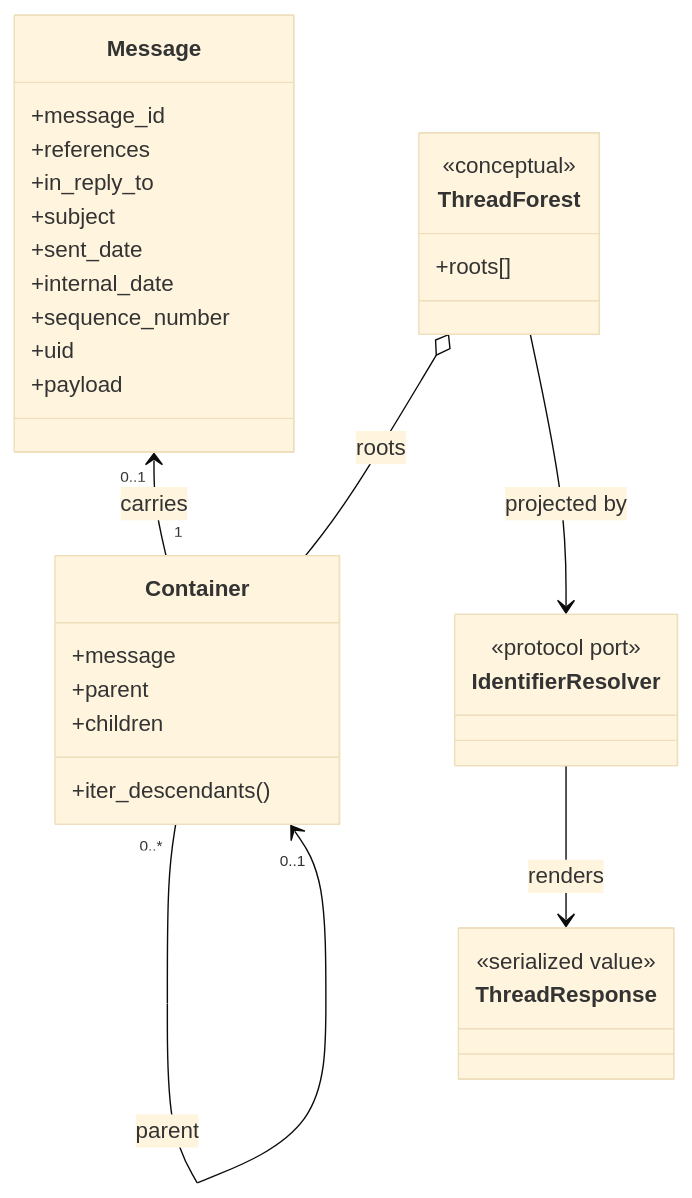
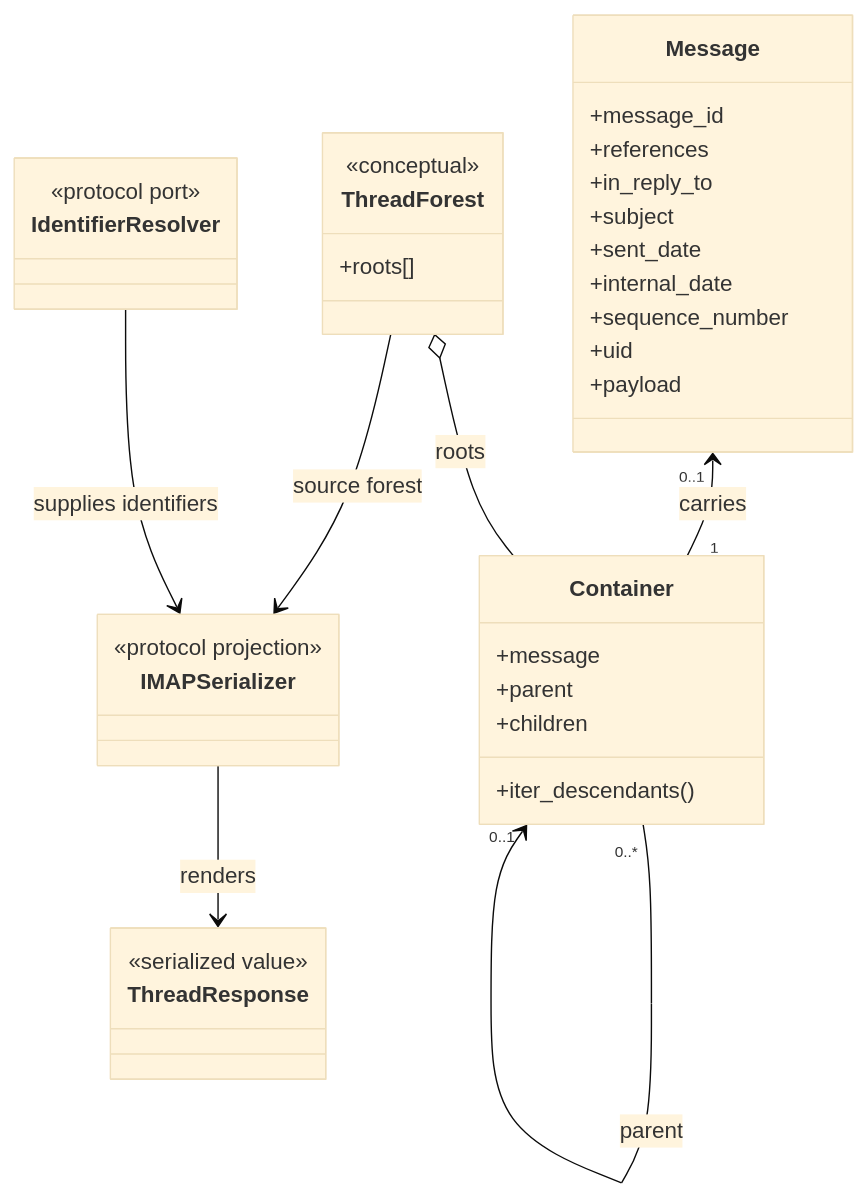
Before and after one commit to ContextualWisdomLab/ThreadWeave: the fifth of 9 diagrams in docs/UML.md, drawn with Mermaid (base theme). The commit also changed other lines of this file, not shown here.

Commit message:
docs: correct IMAP resolver responsibility

````diff
--- a/docs/UML.md
+++ b/docs/UML.md
@@ -113,36 +113,40 @@
 ```mermaid
 classDiagram
     class Message {
       +message_id
       +references
       +in_reply_to
       +subject
       +sent_date
       +internal_date
       +sequence_number
       +uid
       +payload
     }
     class Container {
       +message
       +parent
       +children
       +iter_descendants()
     }
     class ThreadForest {
       <<conceptual>>
       +roots[]
     }
     class IdentifierResolver {
       <<protocol port>>
     }
+    class IMAPSerializer {
+      <<protocol projection>>
+    }
     class ThreadResponse {
       <<serialized value>>
     }
 
     Message "0..1" <-- "1" Container : carries
     Container "0..*" --> "0..1" Container : parent
     ThreadForest o-- Container : roots
-    ThreadForest --> IdentifierResolver : projected by
-    IdentifierResolver --> ThreadResponse : renders
+    ThreadForest --> IMAPSerializer : source forest
+    IdentifierResolver --> IMAPSerializer : supplies identifiers
+    IMAPSerializer --> ThreadResponse : renders
 ```
````
